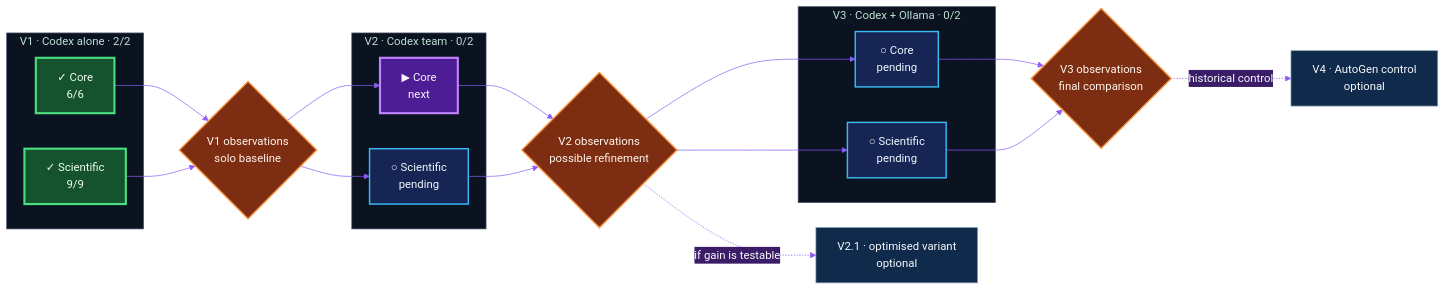
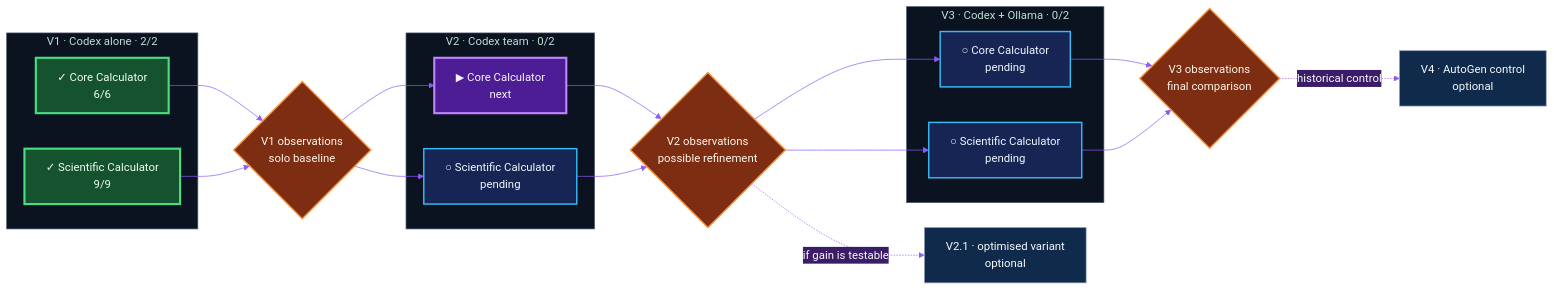
The diagram in README.en.md (ERICRAC/AgentBench-2026), drawn with Mermaid before and after one commit. The commit also changed other lines of this file and 40 other files, not shown here.

````diff
--- a/README.en.md
+++ b/README.en.md
@@ -35,50 +35,50 @@
 ```mermaid
 %%{init: {"theme": "base", "themeVariables": {
   "primaryColor": "#0f2a4a",
   "primaryTextColor": "#f8fafc",
   "primaryBorderColor": "#22d3ee",
   "secondaryColor": "#3b1d67",
   "tertiaryColor": "#431f2b",
   "fontFamily": "system-ui",
   "lineColor": "#8b5cf6",
   "clusterBkg": "#0b1220",
   "clusterBorder": "#475569"
 }}}%%
 flowchart LR
     subgraph V1["V1 · Codex alone · 2/2"]
-      V1C["✓ Core<br/>6/6"]
-      V1S["✓ Scientific<br/>9/9"]
+      V1C["✓ Core Calculator<br/>6/6"]
+      V1S["✓ Scientific Calculator<br/>9/9"]
     end
     G1{"V1 observations<br/>solo baseline"}
     subgraph V2["V2 · Codex team · 0/2"]
-      V2C["▶ Core<br/>next"]
-      V2S["○ Scientific<br/>pending"]
+      V2C["▶ Core Calculator<br/>next"]
+      V2S["○ Scientific Calculator<br/>pending"]
     end
     G2{"V2 observations<br/>possible refinement"}
     V21["V2.1 · optimised variant<br/>optional"]
     subgraph V3["V3 · Codex + Ollama · 0/2"]
-      V3C["○ Core<br/>pending"]
-      V3S["○ Scientific<br/>pending"]
+      V3C["○ Core Calculator<br/>pending"]
+      V3S["○ Scientific Calculator<br/>pending"]
     end
     G3{"V3 observations<br/>final comparison"}
     V4["V4 · AutoGen control<br/>optional"]
 
     V1C & V1S --> G1
     G1 --> V2C & V2S
     V2C & V2S --> G2
     G2 -. "if gain is testable" .-> V21
     G2 --> V3C & V3S
     V3C & V3S --> G3
     G3 -. "historical control" .-> V4
 
     classDef done fill:#14532d,stroke:#4ade80,color:#f0fdf4,stroke-width:3px;
     classDef next fill:#4c1d95,stroke:#c084fc,color:#faf5ff,stroke-width:3px;
     classDef todo fill:#172554,stroke:#38bdf8,color:#f0f9ff,stroke-width:2px;
     classDef gate fill:#7c2d12,stroke:#fb923c,color:#fff7ed,stroke-width:2px;
     classDef optional fill:#0f2a4a,stroke:#94a3b8,color:#f8fafc;
     class V1C,V1S done;
     class V2C next;
     class V2S,V3C,V3S todo;
     class G1,G2,G3 gate;
     class V21,V4 optional;
 ```
````
